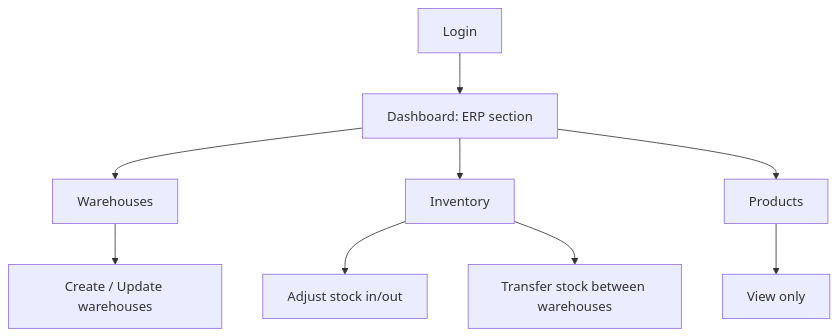
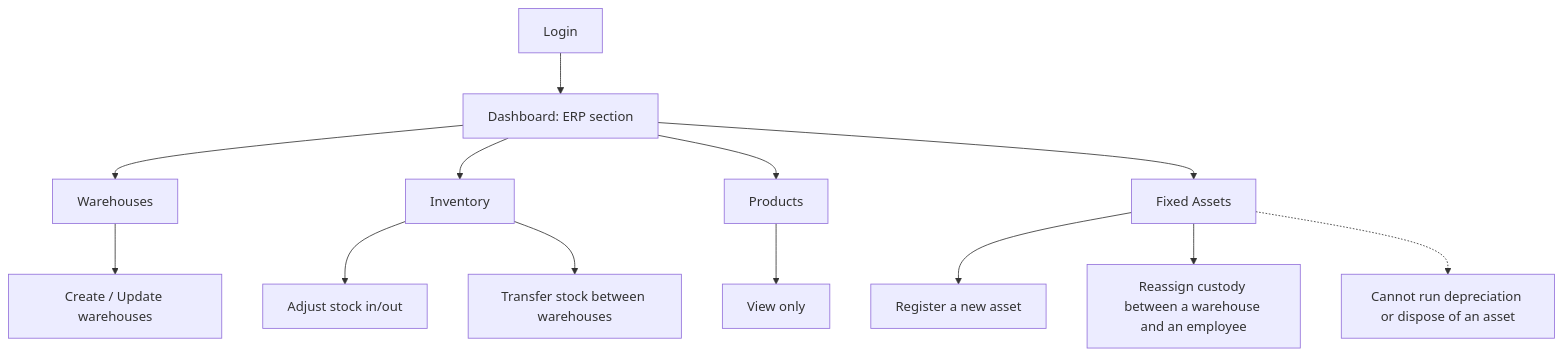
The sixth of 9 diagrams in docs/roles-and-permissions.md (NanaBanana14/management-enterprise), drawn with Mermaid before and after one commit. The commit also changed other lines of this file and 4 other files, not shown here.

````diff
--- a/docs/roles-and-permissions.md
+++ b/docs/roles-and-permissions.md
@@ -214,11 +232,15 @@
 ```mermaid
 flowchart TD
     A[Login] --> B[Dashboard: ERP section]
     B --> C[Warehouses]
     C --> C1[Create / Update warehouses]
     B --> D[Inventory]
     D --> D1[Adjust stock in/out]
     D --> D2[Transfer stock between warehouses]
     B --> E[Products]
     E --> E1[View only]
+    B --> F[Fixed Assets]
+    F --> F1[Register a new asset]
+    F --> F2[Reassign custody between a warehouse and an employee]
+    F -.-> F3[Cannot run depreciation or dispose of an asset]
 ```
````
